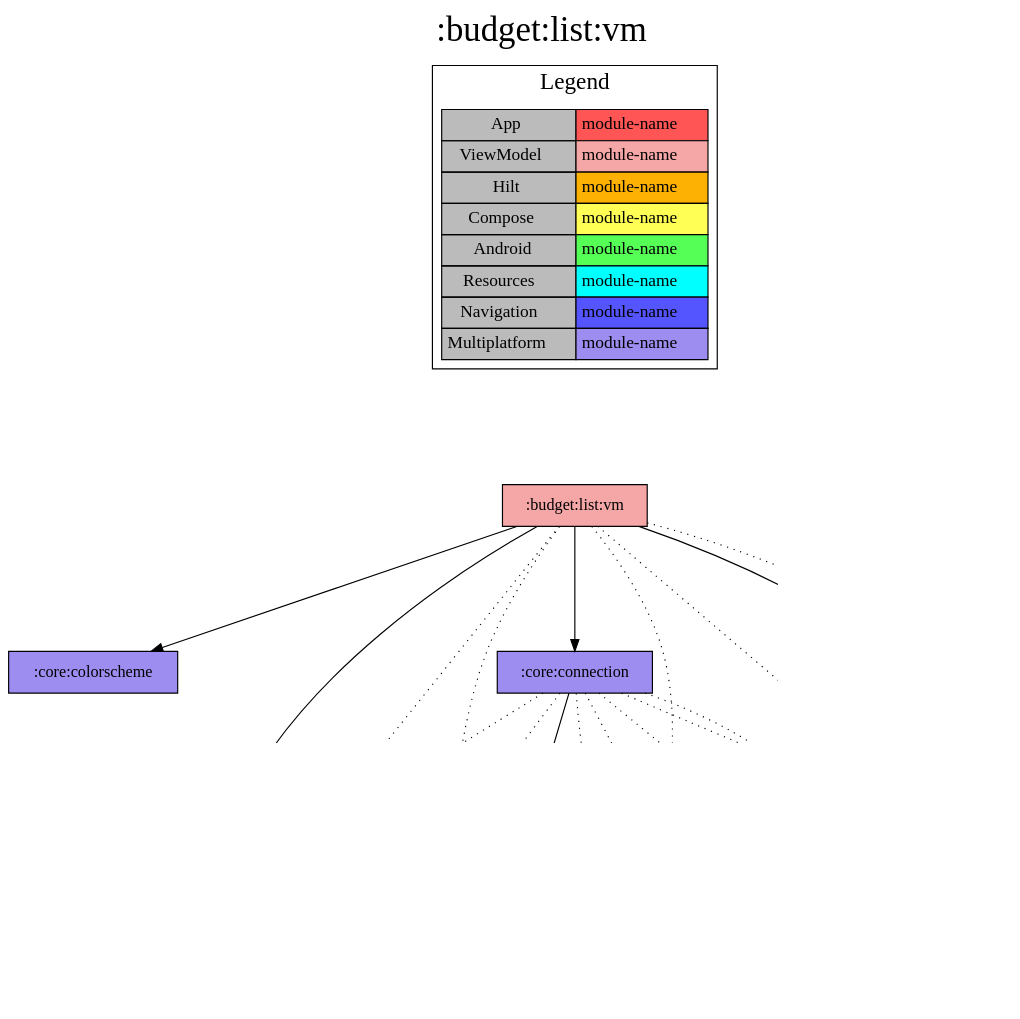
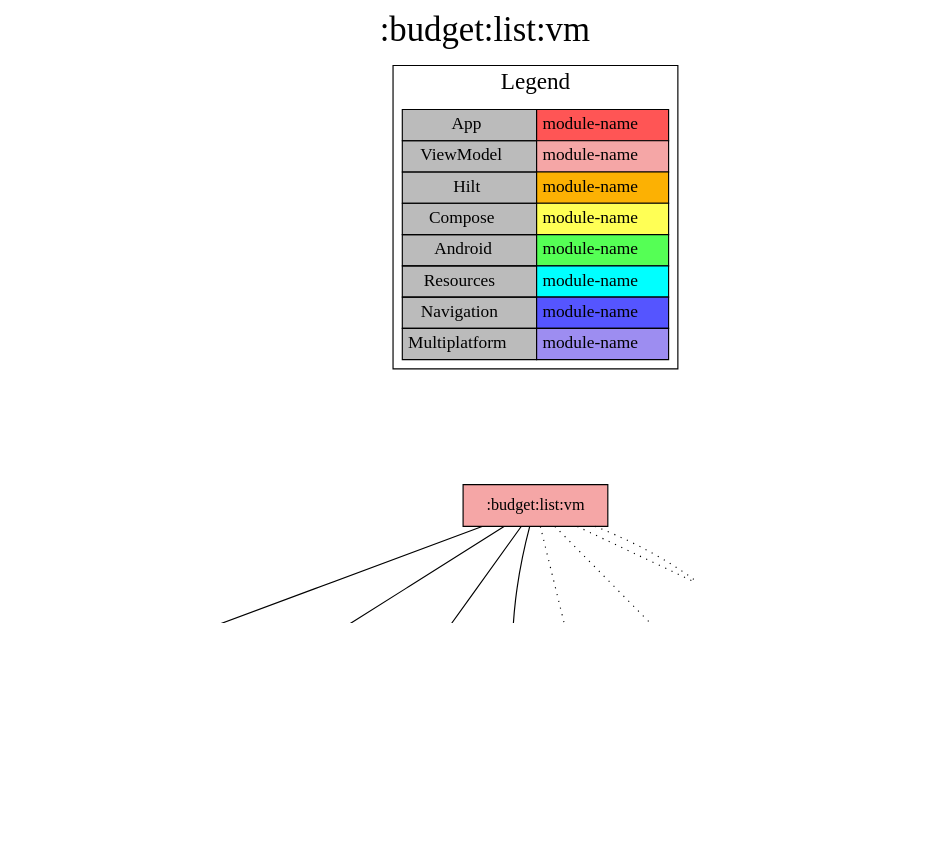
The diagram in modules/budget/list/vm/project-dependency-graph.dot (jonapoul/aktual), drawn with Graphviz before and after one commit. The commit also changed 21 other files, not shown here.

```diff
--- a/modules/budget/list/vm/project-dependency-graph.dot
+++ b/modules/budget/list/vm/project-dependency-graph.dot
@@ -1,60 +1,47 @@
 digraph {
 edge ["dir"="forward"]
 graph ["dpi"="100","label"=":budget:list:vm","labelloc"="t","fontsize"="30","ranksep"="1.5","rankdir"="TB"]
 node ["style"="filled"]
 ":budget:list:vm" ["fillcolor"="#F5A6A6","shape"="box"]
 ":core:colorscheme" ["fillcolor"="#9D8DF1","shape"="box"]
-":core:connection" ["fillcolor"="#9D8DF1","shape"="box"]
-":core:buildconfig" ["fillcolor"="#9D8DF1","shape"="box"]
+":core:coroutines" ["fillcolor"="#9D8DF1","shape"="box"]
+":core:log" ["fillcolor"="#9D8DF1","shape"="box"]
+":url:model" ["fillcolor"="#9D8DF1","shape"="box"]
 ":api:actual" ["fillcolor"="#9D8DF1","shape"="box"]
 ":login:model" ["fillcolor"="#9D8DF1","shape"="box"]
-":url:model" ["fillcolor"="#9D8DF1","shape"="box"]
-":api:core" ["fillcolor"="#9D8DF1","shape"="box"]
-":core:log" ["fillcolor"="#9D8DF1","shape"="box"]
-":core:coroutines" ["fillcolor"="#9D8DF1","shape"="box"]
 ":core:versions" ["fillcolor"="#9D8DF1","shape"="box"]
+":core:buildconfig" ["fillcolor"="#9D8DF1","shape"="box"]
 ":url:prefs" ["fillcolor"="#9D8DF1","shape"="box"]
 {
 edge ["dir"="none"]
 graph ["rank"="same"]
 }
 ":budget:list:vm" -> ":core:colorscheme"
-":budget:list:vm" -> ":core:connection"
-":budget:list:vm" -> ":login:model"
+":budget:list:vm" -> ":core:coroutines"
+":budget:list:vm" -> ":core:log"
 ":budget:list:vm" -> ":url:model"
 ":budget:list:vm" -> ":api:actual" ["style"="dotted"]
-":budget:list:vm" -> ":core:coroutines" ["style"="dotted"]
-":budget:list:vm" -> ":core:log" ["style"="dotted"]
 ":budget:list:vm" -> ":core:versions" ["style"="dotted"]
+":budget:list:vm" -> ":login:model" ["style"="dotted"]
 ":budget:list:vm" -> ":url:prefs" ["style"="dotted"]
-":core:connection" -> ":core:buildconfig"
-":core:connection" -> ":api:actual" ["style"="dotted"]
-":core:connection" -> ":api:core" ["style"="dotted"]
-":core:connection" -> ":core:coroutines" ["style"="dotted"]
-":core:connection" -> ":core:log" ["style"="dotted"]
-":core:connection" -> ":core:versions" ["style"="dotted"]
-":core:connection" -> ":url:model" ["style"="dotted"]
-":core:connection" -> ":url:prefs" ["style"="dotted"]
 ":api:actual" -> ":login:model"
 ":api:actual" -> ":url:model"
-":api:core" -> ":core:log"
-":api:core" -> ":url:model"
 ":core:versions" -> ":core:buildconfig"
 ":url:prefs" -> ":url:model"
 subgraph "cluster_legend" {
 edge ["dir"="none"]
 graph ["label"="Legend","fontsize"="20"]
 "Legend" ["style"="filled","fillcolor"="#bbbbbb","shape"="none","margin"="0","fontsize"="15","label"=<
 <TABLE BORDER="0" CELLBORDER="1" CELLSPACING="0" CELLPADDING="4">
 <TR><TD>App</TD><TD BGCOLOR="#FF5555">module-name</TD></TR>
 <TR><TD>ViewModel</TD><TD BGCOLOR="#F5A6A6">module-name</TD></TR>
 <TR><TD>Hilt</TD><TD BGCOLOR="#FCB103">module-name</TD></TR>
 <TR><TD>Compose</TD><TD BGCOLOR="#FFFF55">module-name</TD></TR>
 <TR><TD>Android</TD><TD BGCOLOR="#55FF55">module-name</TD></TR>
 <TR><TD>Resources</TD><TD BGCOLOR="#00FFFF">module-name</TD></TR>
 <TR><TD>Navigation</TD><TD BGCOLOR="#5555FF">module-name</TD></TR>
 <TR><TD>Multiplatform</TD><TD BGCOLOR="#9D8DF1">module-name</TD></TR>
 </TABLE>
 >]
 } -> ":budget:list:vm" ["style"="invis"]
 }
```
